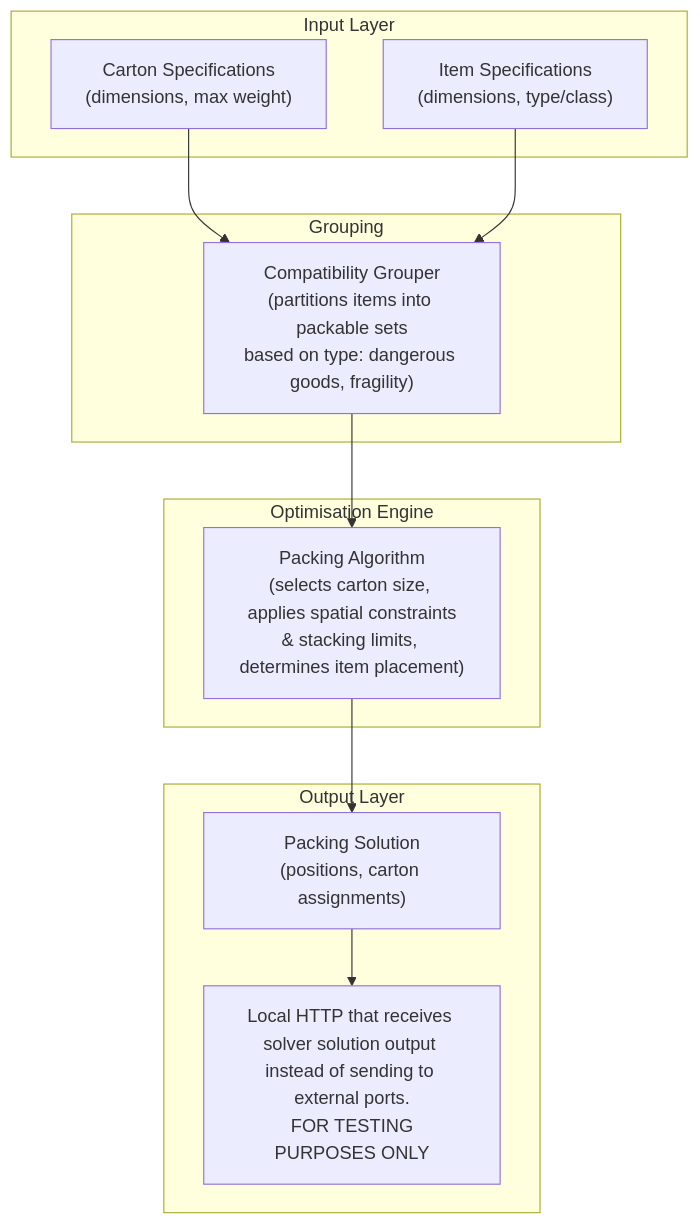
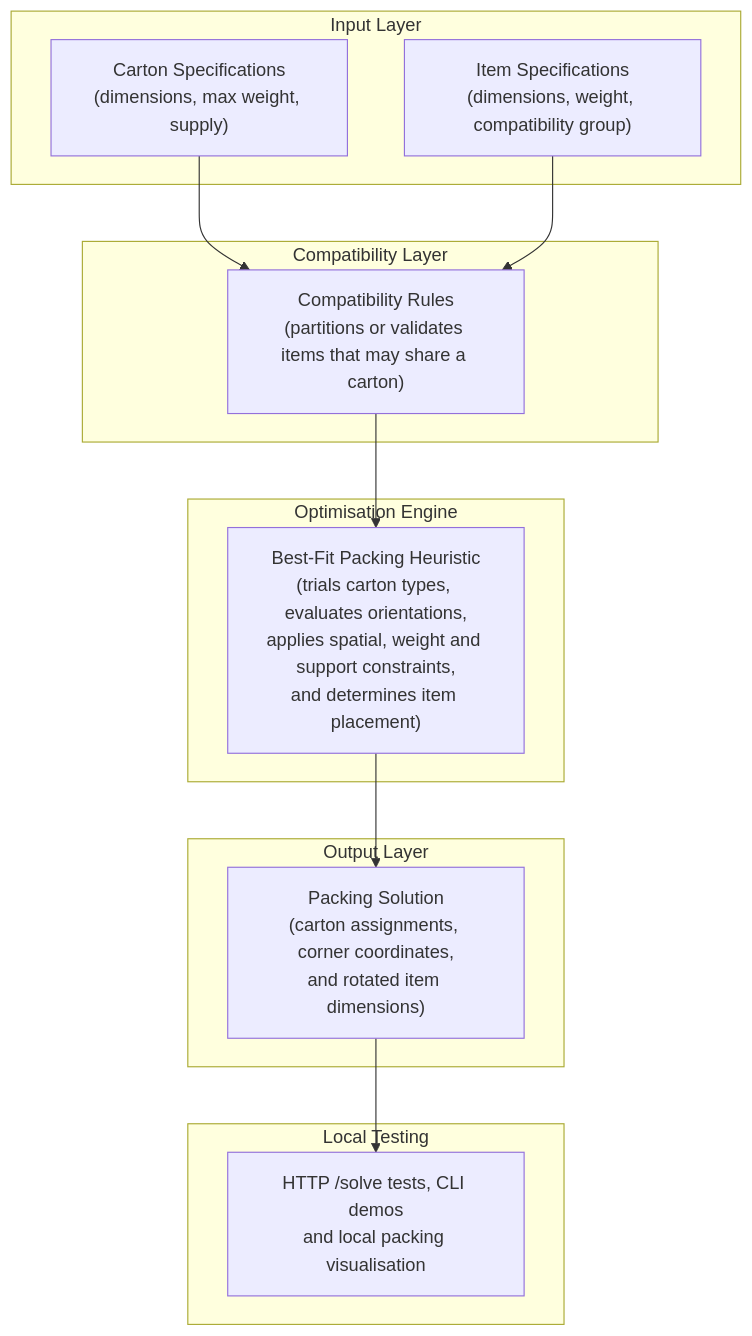
The diagram in solver/docs/solver_architecture_local.md (LTSmq/comp4050-epic-team), drawn with Mermaid before and after one commit. The commit also changed 10 other files, not shown here.

Commit message:
feat(solver): integrate improved packing engine

````diff
--- a/solver/docs/solver_architecture_local.md
+++ b/solver/docs/solver_architecture_local.md
@@ -1,29 +1,29 @@
 ```mermaid
 graph TD
     subgraph INPUT["Input Layer"]
-        A["Carton Specifications\n(dimensions, max weight)"]
-        B["Item Specifications\n(dimensions, type/class)"]
+        A["Carton Specifications\n(dimensions, max weight, supply)"]
+        B["Item Specifications\n(dimensions, weight, compatibility group)"]
     end
 
-    subgraph GROUPING["Grouping"]
-        C["Compatibility Grouper\n(partitions items into packable sets\nbased on type: dangerous goods, fragility)"]
+    subgraph COMPATIBILITY["Compatibility Layer"]
+        C["Compatibility Rules\n(partitions or validates items that may share a carton)"]
     end
 
     subgraph PACKING["Optimisation Engine"]
-        D["Packing Algorithm\n(selects carton size, applies spatial constraints\n& stacking limits, determines item placement)"]
+        D["Best-Fit Packing Heuristic\n(trials carton types, evaluates orientations,\napplies spatial, weight and support constraints,\nand determines item placement)"]
     end
 
     subgraph OUTPUT["Output Layer"]
-        E["Packing Solution\n(positions, carton assignments)"]
+        E["Packing Solution\n(carton assignments, corner coordinates,\nand rotated item dimensions)"]
     end
-    
-    subgraph OUTPUT["Test: Local Display"]
-        F["Local HTTP that receives solver solution output instead of sending to external ports.\n FOR TESTING PURPOSES ONLY"]
+
+    subgraph LOCAL_TEST["Local Testing"]
+        F["HTTP /solve tests, CLI demos\nand local packing visualisation"]
     end
 
     A --> C
     B --> C
     C --> D
     D --> E
     E --> F
 ```
````
